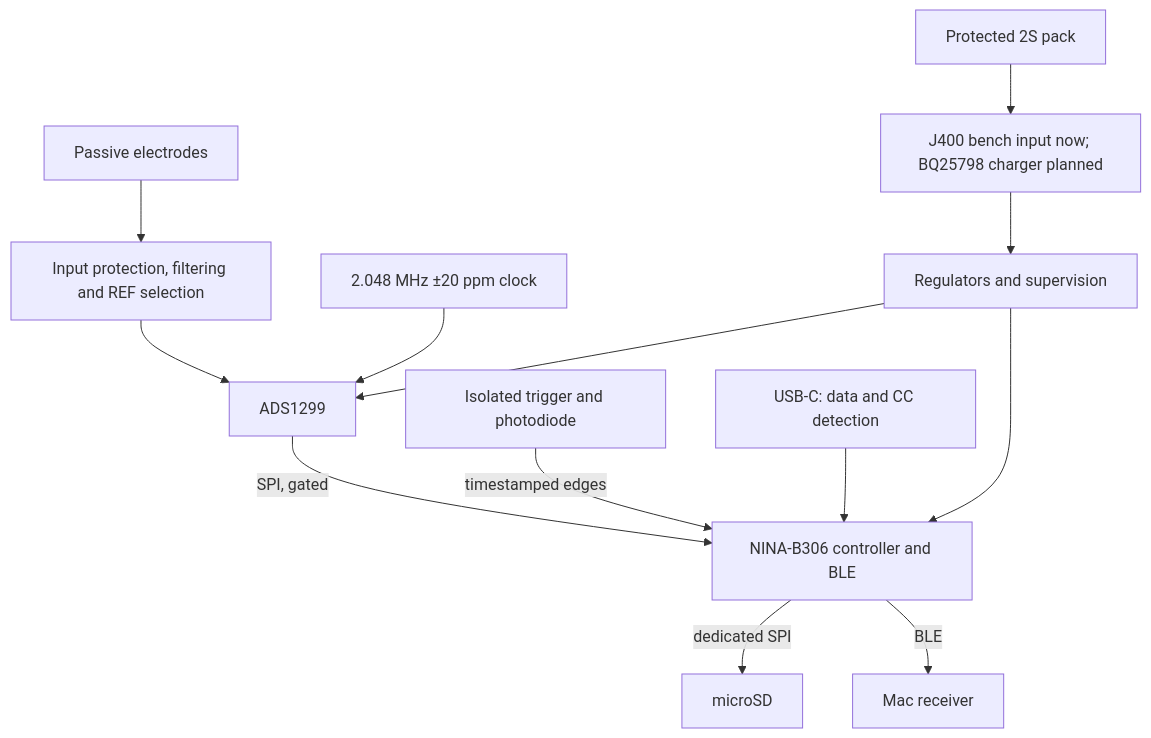
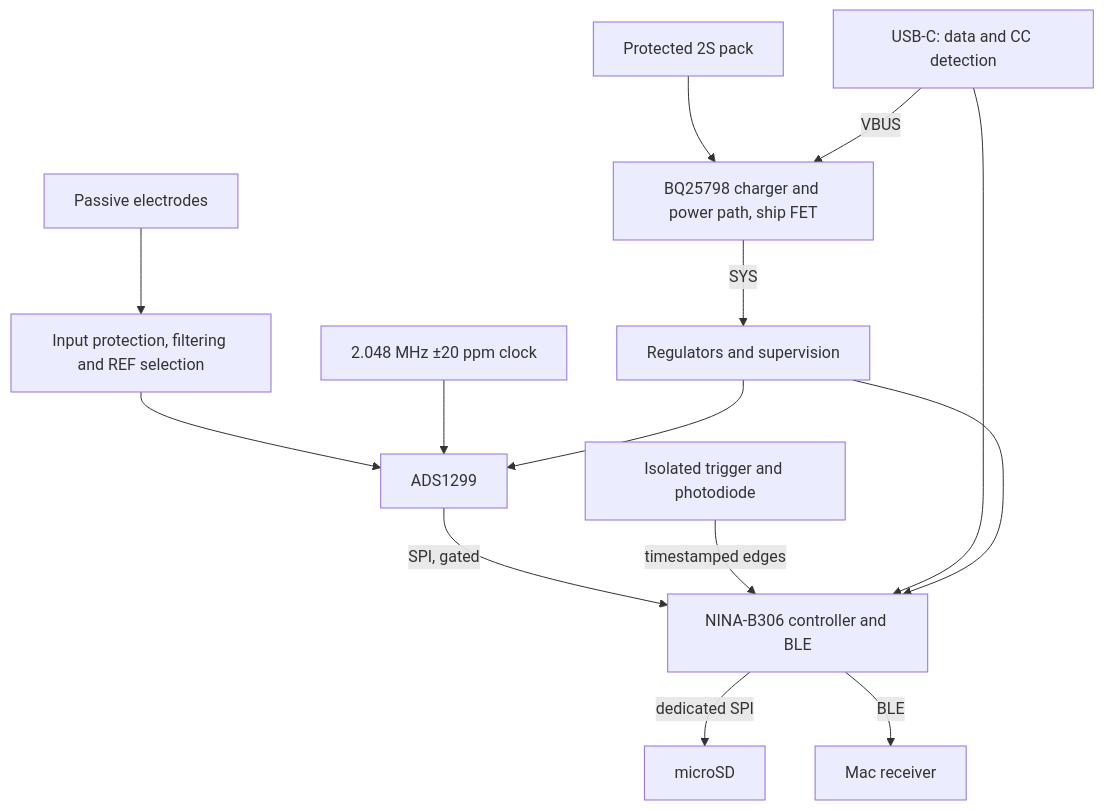
The diagram in docs/project.md (MariusFauteux/EEG-PCB), drawn with Mermaid before and after one commit. The commit also changed other lines of this file and 53 other files, not shown here.

First line of the commit message:
Rev C8: BQ25798 charger, power path and soft-off (Step 11)

````diff
--- a/docs/project.md
+++ b/docs/project.md
@@ -54,15 +55,16 @@
 ```mermaid
 flowchart TD
     E[Passive electrodes] --> I[Input protection, filtering and REF selection]
     I --> A[ADS1299]
     A -->|SPI, gated| M[NINA-B306 controller and BLE]
     M -->|dedicated SPI| S[microSD]
     M -->|BLE| C[Mac receiver]
     T[Isolated trigger and photodiode] -->|timestamped edges| M
     X[2.048 MHz ±20 ppm clock] --> A
     U[USB-C: data and CC detection] --> M
-    B[Protected 2S pack] --> J[J400 bench input now; BQ25798 charger planned]
-    J --> P[Regulators and supervision]
+    B[Protected 2S pack] --> J[BQ25798 charger and power path, ship FET]
+    U -->|VBUS| J
+    J -->|SYS| P[Regulators and supervision]
     P --> A
     P --> M
 ```
````
